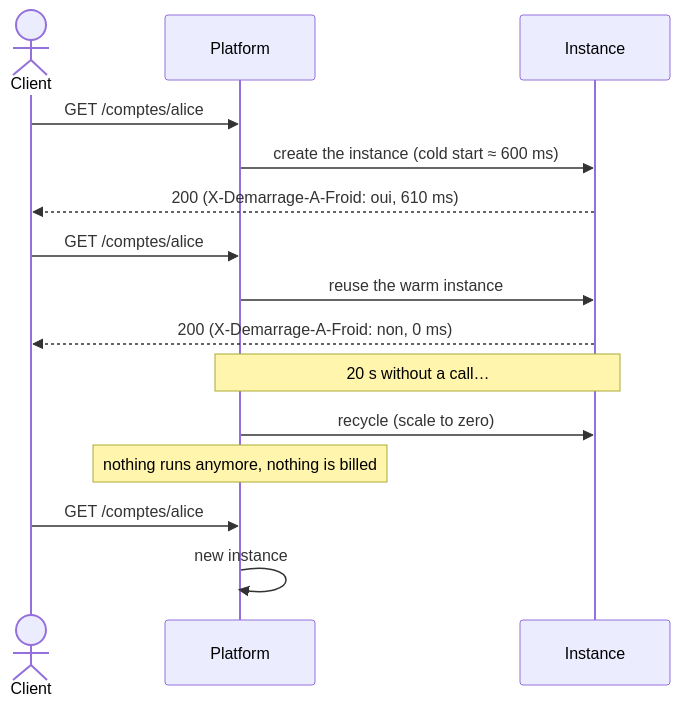
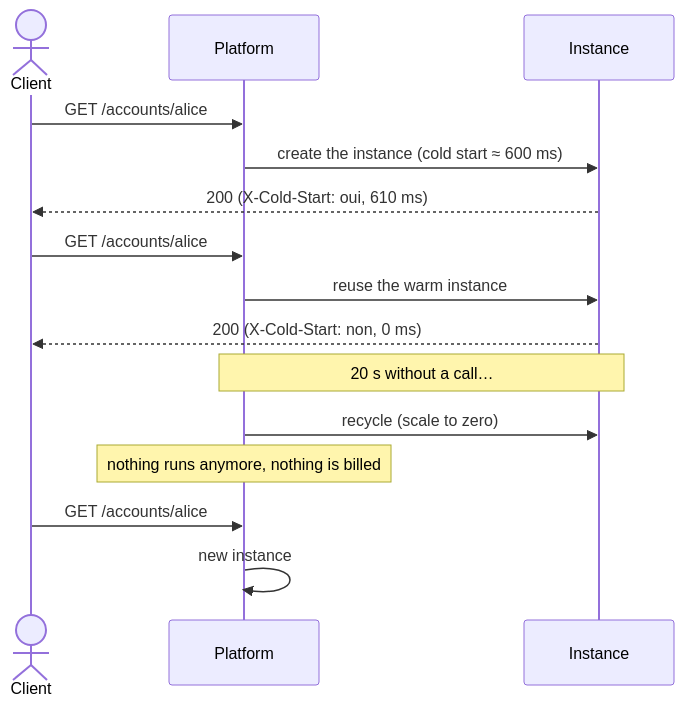
The second of 4 diagrams in Docs/en/12-serverless.md (drangoht/ArchitecturesDemo), drawn with Mermaid before and after one commit. The commit also changed other lines of this file and 78 other files, not shown here.

First line of the commit message:
Docs EN : identifiants, liens, diagrammes et sorties alignés sur le code anglais

````diff
--- a/Docs/en/12-serverless.md
+++ b/Docs/en/12-serverless.md
@@ -147,17 +147,17 @@
 ```mermaid
 sequenceDiagram
     actor C as Client
     participant P as Platform
     participant I1 as Instance #1
-    C->>P: GET /comptes/alice
+    C->>P: GET /accounts/alice
     P->>I1: create the instance (cold start ≈ 600 ms)
-    I1-->>C: 200 (X-Demarrage-A-Froid: oui, 610 ms)
-    C->>P: GET /comptes/alice
+    I1-->>C: 200 (X-Cold-Start: oui, 610 ms)
+    C->>P: GET /accounts/alice
     P->>I1: reuse the warm instance
-    I1-->>C: 200 (X-Demarrage-A-Froid: non, 0 ms)
+    I1-->>C: 200 (X-Cold-Start: non, 0 ms)
     Note over P,I1: 20 s without a call…
     P->>I1: recycle (scale to zero)
     Note over P: nothing runs anymore, nothing is billed
-    C->>P: GET /comptes/alice
+    C->>P: GET /accounts/alice
     P->>P: new instance #2 (cold again)
 ```
````
